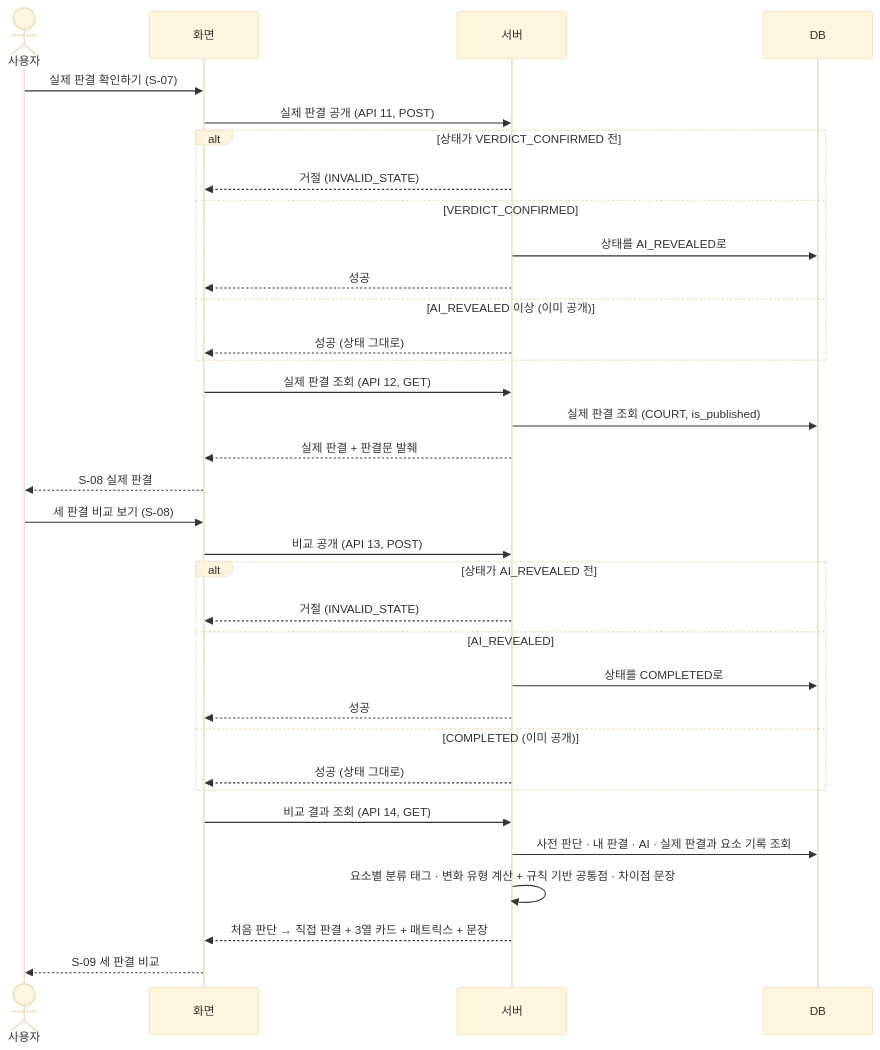
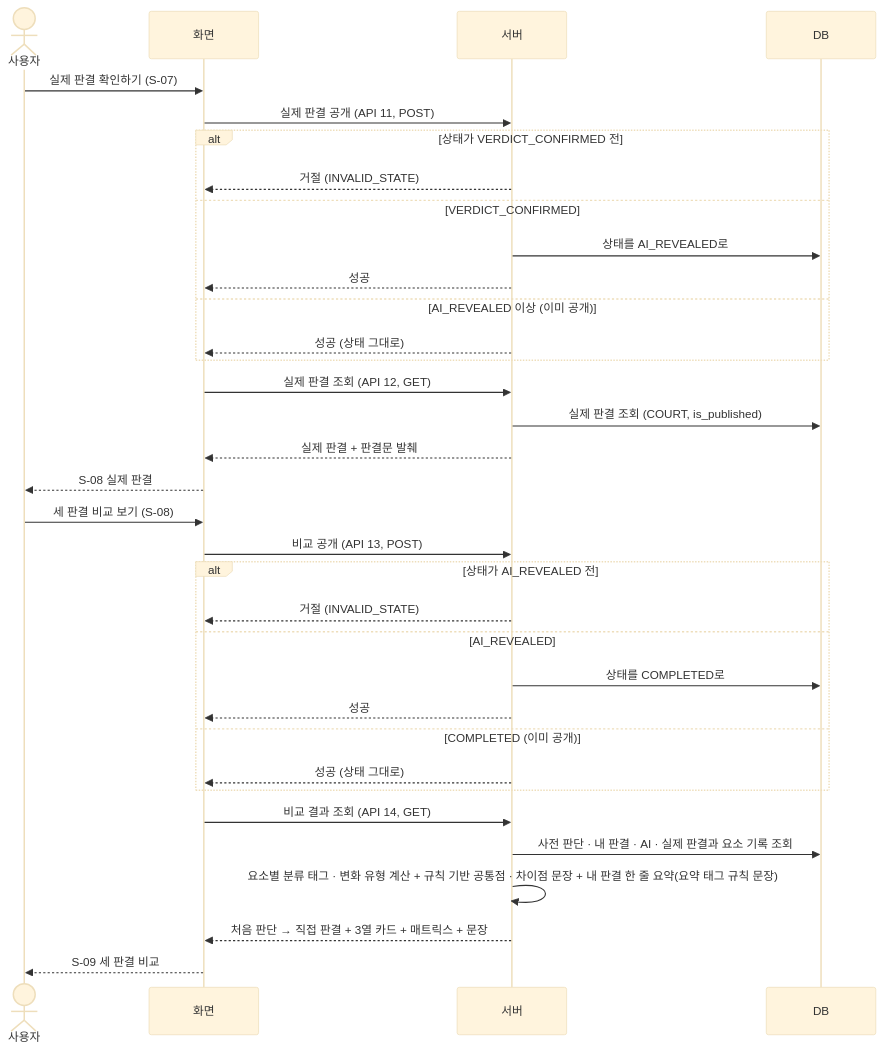
Before and after one commit to prgrms-aibe-devcourse/AIBE7_FinalProject_Team2: the sixth of 7 diagrams in docs/sequence-diagram.md, drawn with Mermaid (base theme). The commit also changed other lines of this file and 1 other file, not shown here.

Commit message:
docs : COMMON-4 API 명세 · 시퀀스 다이어그램에 정합성 점검 결정 반영

````diff
--- a/docs/sequence-diagram.md
+++ b/docs/sequence-diagram.md
@@ -213,37 +221,37 @@
 ```mermaid
 sequenceDiagram
     actor U as 사용자
     participant F as 화면
     participant S as 서버
     participant D as DB
  
     U->>F: 실제 판결 확인하기 (S-07)
     F->>S: 실제 판결 공개 (API 11, POST)
     alt 상태가 VERDICT_CONFIRMED 전
         S-->>F: 거절 (INVALID_STATE)
     else VERDICT_CONFIRMED
         S->>D: 상태를 AI_REVEALED로
         S-->>F: 성공
     else AI_REVEALED 이상 (이미 공개)
         S-->>F: 성공 (상태 그대로)
     end
     F->>S: 실제 판결 조회 (API 12, GET)
     S->>D: 실제 판결 조회 (COURT, is_published)
     S-->>F: 실제 판결 + 판결문 발췌
     F-->>U: S-08 실제 판결
     U->>F: 세 판결 비교 보기 (S-08)
     F->>S: 비교 공개 (API 13, POST)
     alt 상태가 AI_REVEALED 전
         S-->>F: 거절 (INVALID_STATE)
     else AI_REVEALED
         S->>D: 상태를 COMPLETED로
         S-->>F: 성공
     else COMPLETED (이미 공개)
         S-->>F: 성공 (상태 그대로)
     end
     F->>S: 비교 결과 조회 (API 14, GET)
     S->>D: 사전 판단 · 내 판결 · AI · 실제 판결과 요소 기록 조회
-    S->>S: 요소별 분류 태그 · 변화 유형 계산 + 규칙 기반 공통점 · 차이점 문장
+    S->>S: 요소별 분류 태그 · 변화 유형 계산 + 규칙 기반 공통점 · 차이점 문장 + 내 판결 한 줄 요약(요약 태그 규칙 문장)
     S-->>F: 처음 판단 → 직접 판결 + 3열 카드 + 매트릭스 + 문장
     F-->>U: S-09 세 판결 비교
 ```
````
